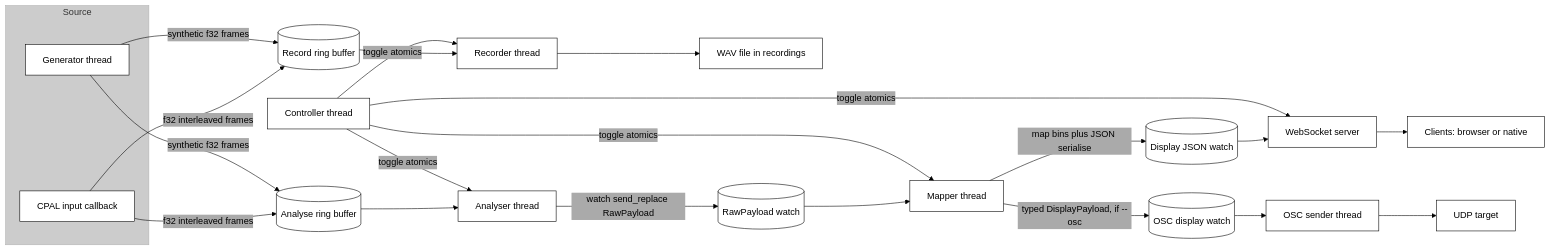
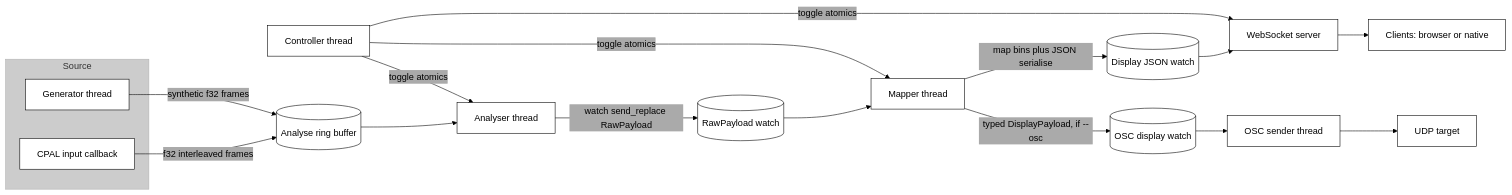
One commit to rayboyd/phase4 changed the second of 4 diagrams in docs/system/lifecycle.md. Above: the diagram before and after it, drawn with Mermaid. The commit also changed other lines of this file and 3 other files, not shown here.

````diff
--- a/docs/system/lifecycle.md
+++ b/docs/system/lifecycle.md
@@ -52,49 +51,43 @@
 ```mermaid
 %%{init: {
 	"theme": "base",
 	"themeVariables": {
 		"background": "#ffffff",
 		"fontFamily": "monospace",
 		"fontSize": "16px",
 		"lineColor": "#000",
 		"primaryBorderColor": "#000",
 		"primaryColor": "#fff",
 		"primaryTextColor": "#000",
 		"secondaryColor": "#aaa",
 		"tertiaryColor": "#ccc"
 	},
 	"flowchart": {
 		"curve": "basis",
 		"htmlLabels": true
 	}
 }}%%
 flowchart LR
 		subgraph Source
 			A1[CPAL input callback]:::source
 			A2[Generator thread]:::source
 		end
 
-		A1 -->|f32 interleaved frames| B1[(Record ring buffer)]
 		A1 -->|f32 interleaved frames| B2[(Analyse ring buffer)]
-		A2 -->|synthetic f32 frames| B1
 		A2 -->|synthetic f32 frames| B2
-
-		B1 --> C1[Recorder thread]
-		C1 --> D1[WAV file in recordings]
 
 		B2 --> C2[Analyser thread]
 		C2 -->|watch send_replace RawPayload| E[(RawPayload watch)]
 		E --> F[Mapper thread]
 		F -->|map bins plus JSON serialise| G[(Display JSON watch)]
 		F -->|typed DisplayPayload, if --osc| K[(OSC display watch)]
 		G --> H[WebSocket server]
 		H --> I[Clients: browser or native]
 		K --> L[OSC sender thread]
 		L --> M[UDP target]
 
-		J[Controller thread] -->|toggle atomics| C1
-		J -->|toggle atomics| C2
+		J[Controller thread] -->|toggle atomics| C2
 		J -->|toggle atomics| F
 		J -->|toggle atomics| H
 
 ```
````
